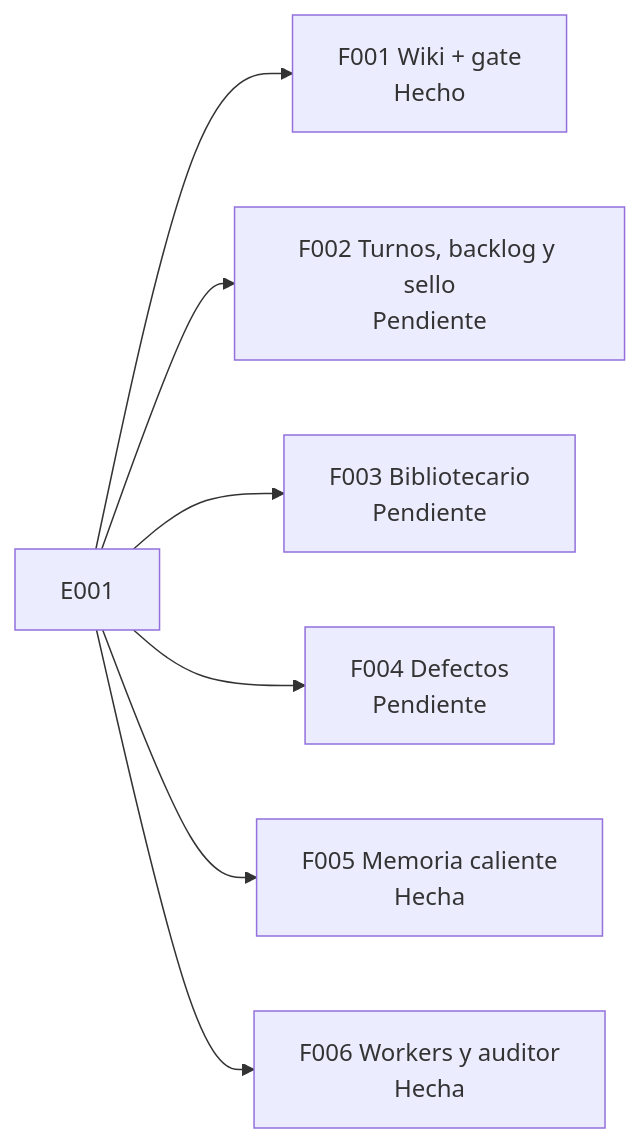
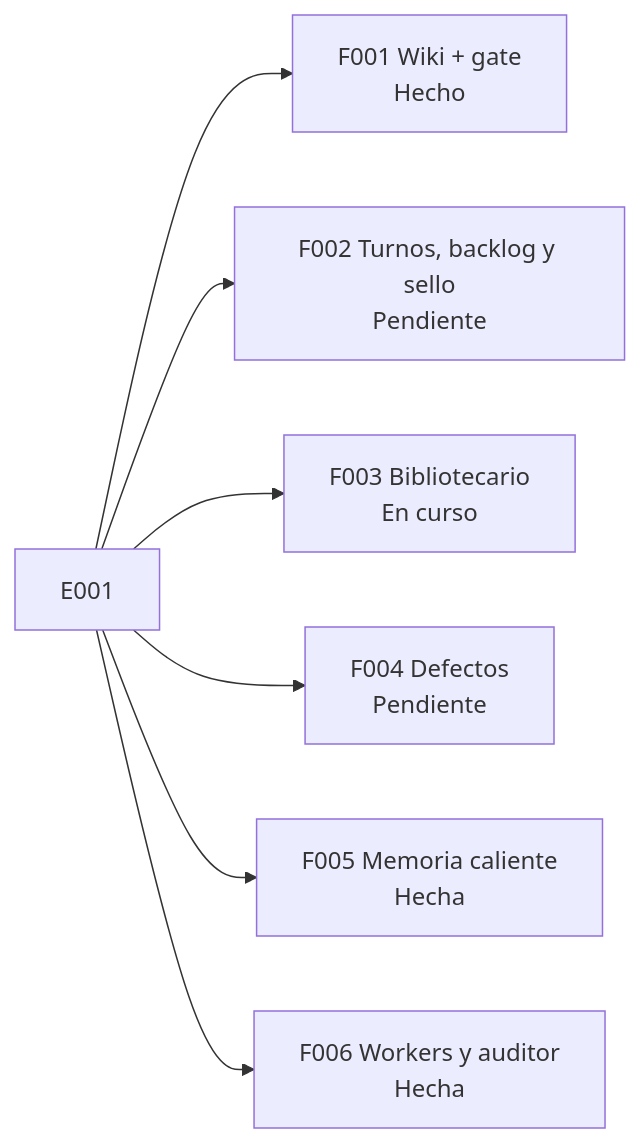
One commit to jliberal-aquas/aquas-central-harness-government changed the second of 2 diagrams in docs/E001/README.md. Above: the diagram before and after it, drawn with Mermaid. The commit also changed other lines of this file and 17 other files, not shown here.

````diff
--- a/docs/E001/README.md
+++ b/docs/E001/README.md
@@ -121,9 +121,9 @@
 ```mermaid
 flowchart LR
     E["E001"] --> F1["F001 Wiki + gate<br/>Hecho"]
     E --> F2["F002 Turnos, backlog y sello<br/>Pendiente"]
-    E --> F3["F003 Bibliotecario<br/>Pendiente"]
+    E --> F3["F003 Bibliotecario<br/>En curso"]
     E --> F4["F004 Defectos<br/>Pendiente"]
     E --> F5["F005 Memoria caliente<br/>Hecha"]
     E --> F6["F006 Workers y auditor<br/>Hecha"]
 ```
````
